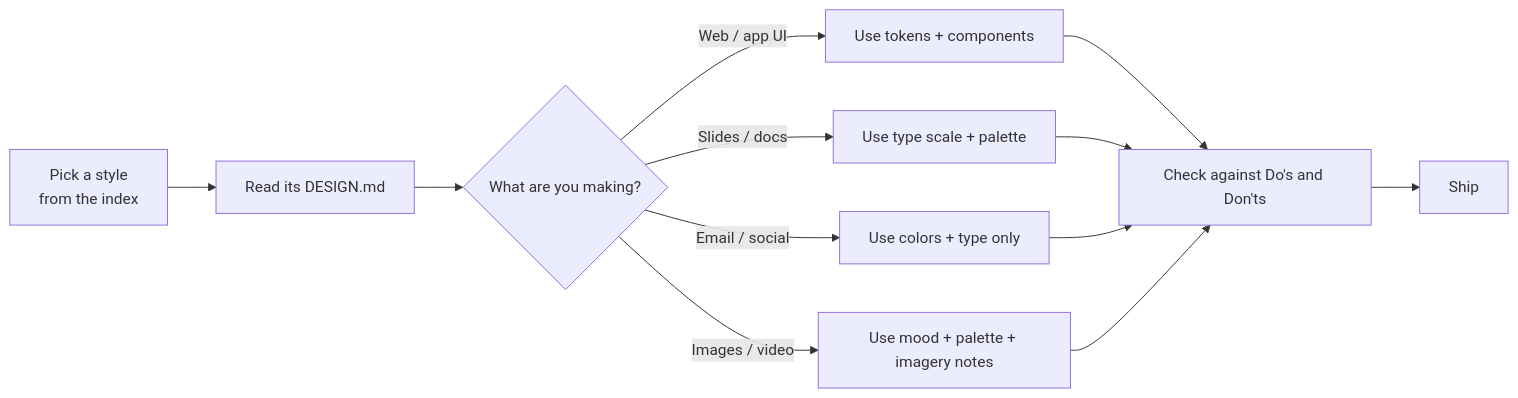
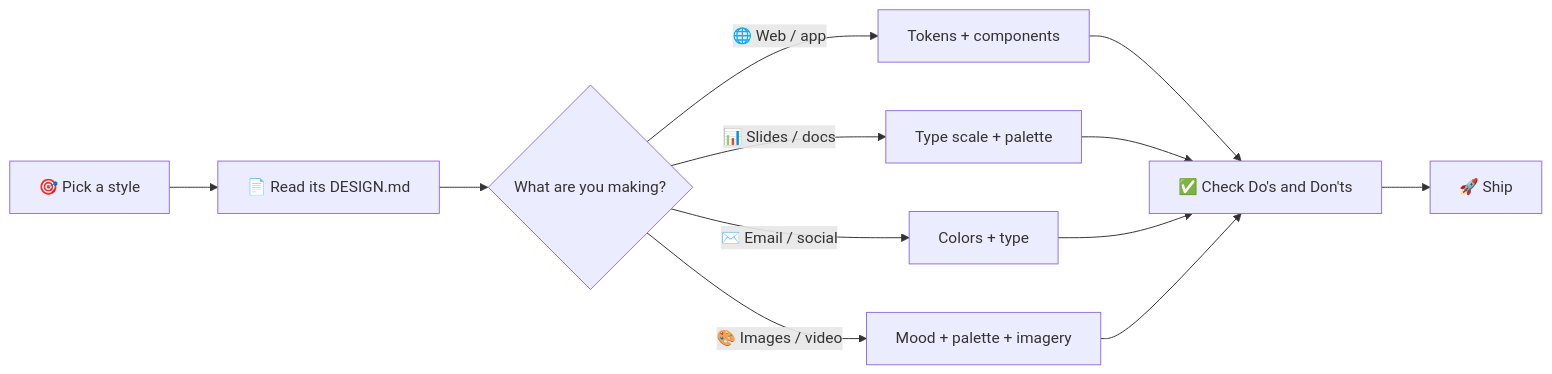
The diagram in README.md (Sebastians007/refero-design-library), drawn with Mermaid before and after one commit. The commit also changed other lines of this file and 1 other file, not shown here.

Commit message:
Make README visual: banner, quick start, swatch index

````diff
--- a/README.md
+++ b/README.md
@@ -29,14 +39,14 @@
 ```mermaid
 flowchart LR
-    A[Pick a style<br/>from the index] --> B[Read its DESIGN.md]
+    A[🎯 Pick a style] --> B[📄 Read its DESIGN.md]
     B --> C{What are you making?}
-    C -->|Web / app UI| D[Use tokens + components]
-    C -->|Slides / docs| E[Use type scale + palette]
-    C -->|Email / social| F[Use colors + type only]
-    C -->|Images / video| G[Use mood + palette + imagery notes]
-    D --> H[Check against Do's and Don'ts]
+    C -->|🌐 Web / app| D[Tokens + components]
+    C -->|📊 Slides / docs| E[Type scale + palette]
+    C -->|✉️ Email / social| F[Colors + type]
+    C -->|🎨 Images / video| G[Mood + palette + imagery]
+    D --> H[✅ Check Do's and Don'ts]
     E --> H
     F --> H
     G --> H
-    H --> I[Ship]
+    H --> I[🚀 Ship]
 ```
````
